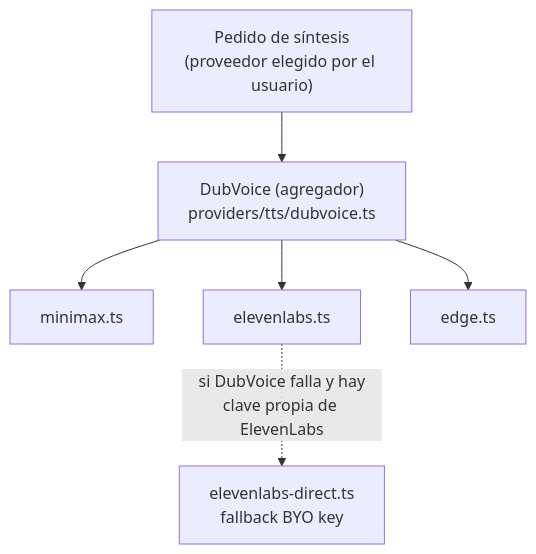
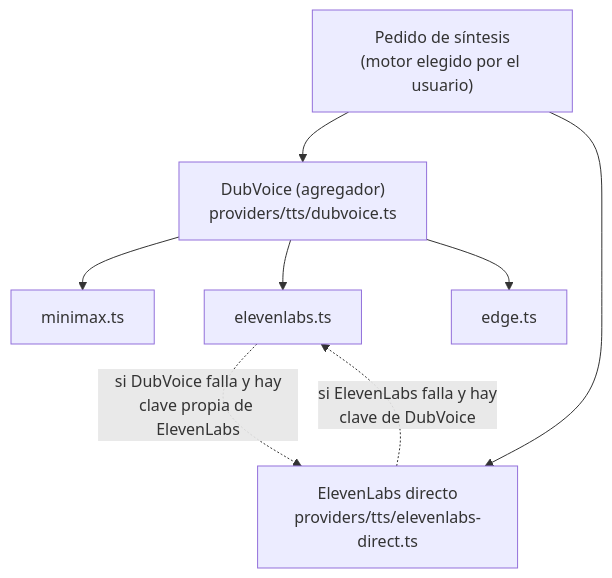
The sixth of 6 diagrams in docs/diagrams/PIPELINE.md (SCRIPZY-DEV/vimo), drawn with Mermaid before and after one commit. The commit also changed other lines of this file and 4 other files, not shown here.

First line of the commit message:
feat: add support for ElevenLabs as a direct voice provider alongside DubVoice

````diff
--- a/docs/diagrams/PIPELINE.md
+++ b/docs/diagrams/PIPELINE.md
@@ -230,8 +233,10 @@
 ```mermaid
 flowchart TD
-  narr["Pedido de síntesis<br/>(proveedor elegido por el usuario)"] --> dub["DubVoice (agregador)<br/>providers/tts/dubvoice.ts"]
+  narr["Pedido de síntesis<br/>(motor elegido por el usuario)"] --> dub["DubVoice (agregador)<br/>providers/tts/dubvoice.ts"]
+  narr --> direct["ElevenLabs directo<br/>providers/tts/elevenlabs-direct.ts"]
   dub --> mini["minimax.ts"]
   dub --> el["elevenlabs.ts"]
   dub --> edge["edge.ts"]
-  el -. "si DubVoice falla y hay<br/>clave propia de ElevenLabs" .-> direct["elevenlabs-direct.ts<br/>fallback BYO key"]
+  el -. "si DubVoice falla y hay<br/>clave propia de ElevenLabs" .-> direct
+  direct -. "si ElevenLabs falla y hay<br/>clave de DubVoice" .-> el
 ```
````
